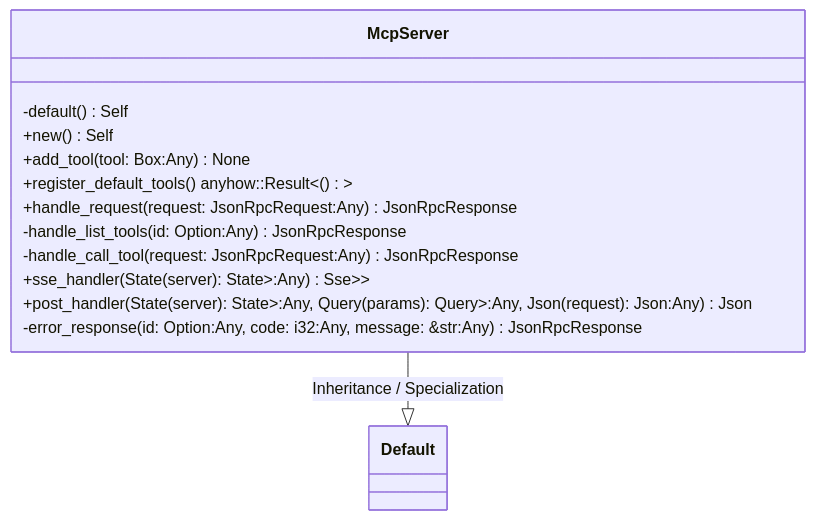
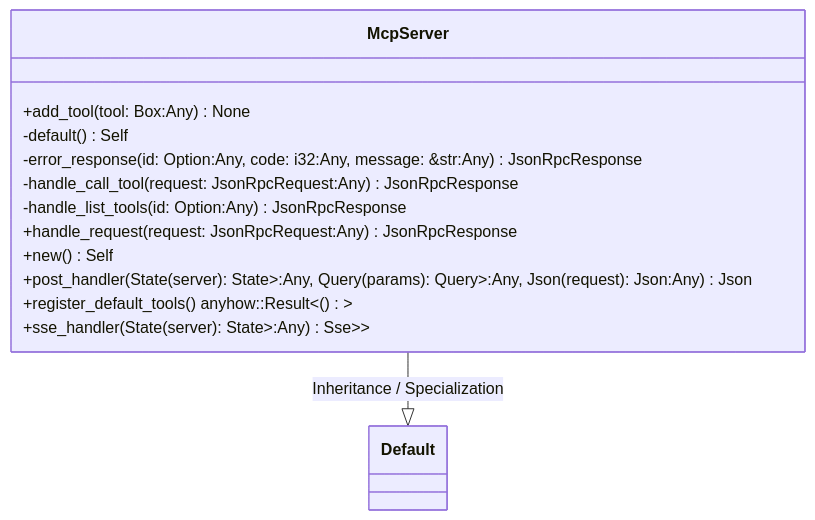
One commit to lgcorzo/rust_CACD_autonomous_factory changed the first of 2 diagrams in openwiki/crates_factory-mcp-server_src_lib_rs.md. Above: the diagram before and after it, drawn with Mermaid. The commit also changed other lines of this file and 76 other files, not shown here.

````diff
--- a/openwiki/crates_factory-mcp-server_src_lib_rs.md
+++ b/openwiki/crates_factory-mcp-server_src_lib_rs.md
@@ -243,18 +243,18 @@
 ```mermaid
 classDiagram
     direction BT
     class McpServer {
+        +add_tool(tool: Box<dyn Tool>:Any) None
         -default() Self
+        -error_response(id: Option<Value>:Any, code: i32:Any, message: &str:Any) JsonRpcResponse
+        -handle_call_tool(request: JsonRpcRequest:Any) JsonRpcResponse
+        -handle_list_tools(id: Option<Value>:Any) JsonRpcResponse
+        +handle_request(request: JsonRpcRequest:Any) JsonRpcResponse
         +new() Self
-        +add_tool(tool: Box<dyn Tool>:Any) None
+        +post_handler(State(server): State<Arc<McpServer>>:Any, Query(params): Query<HashMap<String, String>>:Any, Json(request): Json<JsonRpcRequest>:Any) Json<JsonRpcResponse>
         +register_default_tools() anyhow::Result<()>
-        +handle_request(request: JsonRpcRequest:Any) JsonRpcResponse
-        -handle_list_tools(id: Option<Value>:Any) JsonRpcResponse
-        -handle_call_tool(request: JsonRpcRequest:Any) JsonRpcResponse
         +sse_handler(State(server): State<Arc<McpServer>>:Any) Sse<impl Stream<Item = Result<Event, Infallible>>>
-        +post_handler(State(server): State<Arc<McpServer>>:Any, Query(params): Query<HashMap<String, String>>:Any, Json(request): Json<JsonRpcRequest>:Any) Json<JsonRpcResponse>
-        -error_response(id: Option<Value>:Any, code: i32:Any, message: &str:Any) JsonRpcResponse
     }
     Default <|-- McpServer : Inheritance / Specialization
 
 ```
````
